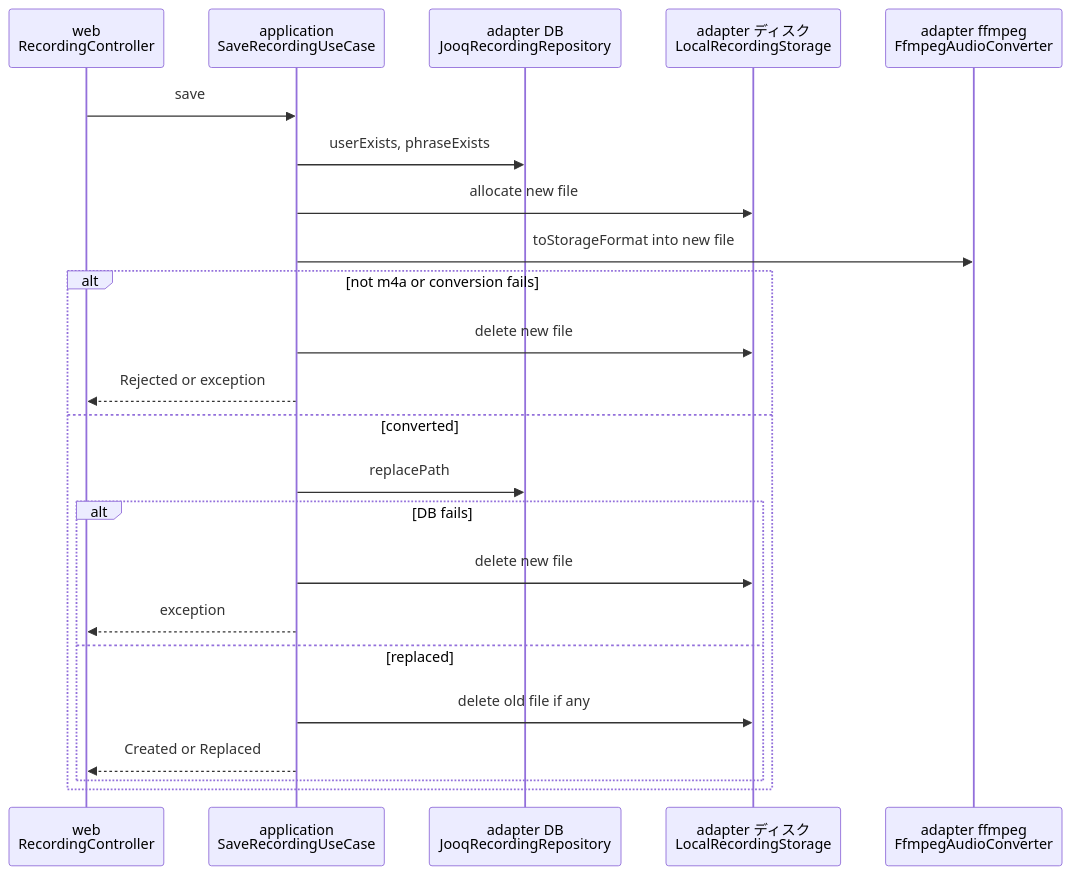
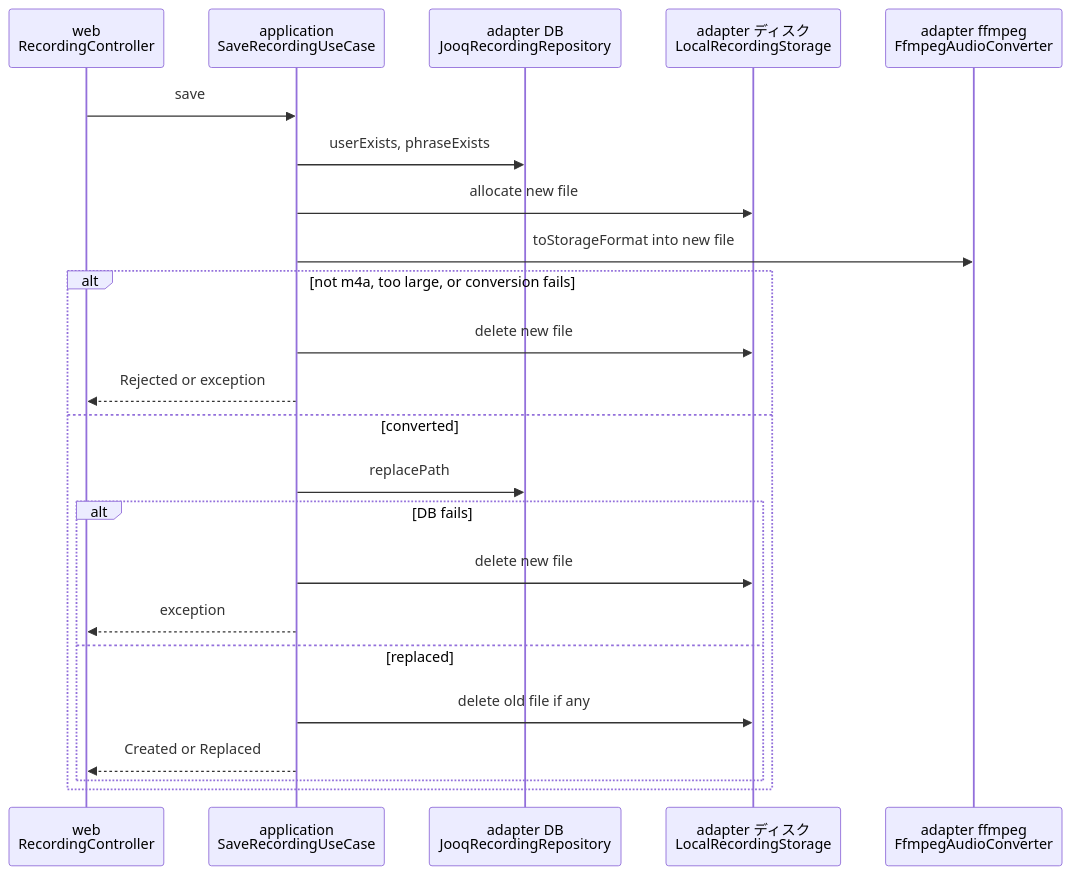
The third of 4 diagrams in .kiro/specs/audio-storage/design.md (hokke-nikuatsu/audio-storage-service), drawn with Mermaid before and after one commit. The commit also changed other lines of this file and 1 other file, not shown here.

````diff
--- a/.kiro/specs/audio-storage/design.md
+++ b/.kiro/specs/audio-storage/design.md
@@ -93,25 +93,25 @@
 ```mermaid
 sequenceDiagram
     participant C as web<br>RecordingController
     participant U as application<br>SaveRecordingUseCase
     participant DB as adapter DB<br>JooqRecordingRepository
     participant FS as adapter ディスク<br>LocalRecordingStorage
     participant FF as adapter ffmpeg<br>FfmpegAudioConverter
     C->>U: save
     U->>DB: userExists, phraseExists
     U->>FS: allocate new file
     U->>FF: toStorageFormat into new file
-    alt not m4a or conversion fails
+    alt not m4a, too large, or conversion fails
         U->>FS: delete new file
         U-->>C: Rejected or exception
     else converted
         U->>DB: replacePath
         alt DB fails
             U->>FS: delete new file
             U-->>C: exception
         else replaced
             U->>FS: delete old file if any
             U-->>C: Created or Replaced
         end
     end
 ```
````
